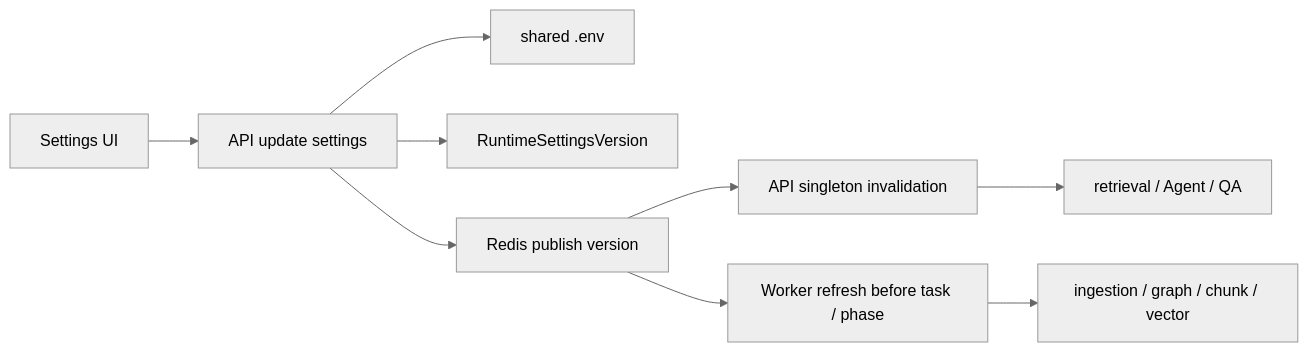
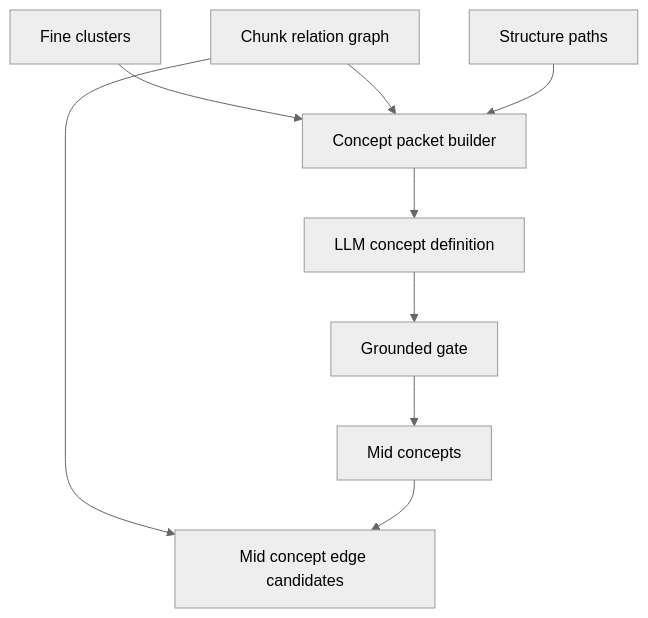
The eighth of 10 diagrams in docs/technical-spec.md (Sggggt/SymboGraph), drawn with Mermaid (neutral theme) before and after one commit. The commit also changed other lines of this file and 123 other files, not shown here.

````diff
--- a/docs/technical-spec.md
+++ b/docs/technical-spec.md
@@ -992,11 +566,11 @@
 ```mermaid
-flowchart LR
-    UI["Settings UI"] --> API["API update settings"]
-    API --> ENV["shared .env"]
-    API --> DB["RuntimeSettingsVersion"]
-    API --> REDIS["Redis publish version"]
-    REDIS --> API2["API singleton invalidation"]
-    REDIS --> WK["Worker refresh before task / phase"]
-    API2 --> PATH["retrieval / Agent / QA"]
-    WK --> ING["ingestion / graph / chunk / vector"]
+flowchart TB
+    FC["Fine clusters"] --> PB["Concept packet builder"]
+    RG["Chunk relation graph"] --> PB
+    SG["Structure paths"] --> PB
+    PB --> LLM["LLM concept definition"]
+    LLM --> GG["Grounded gate"]
+    GG --> MC["Mid concepts"]
+    RG --> ME["Mid concept edge candidates"]
+    MC --> ME
 ```
````
